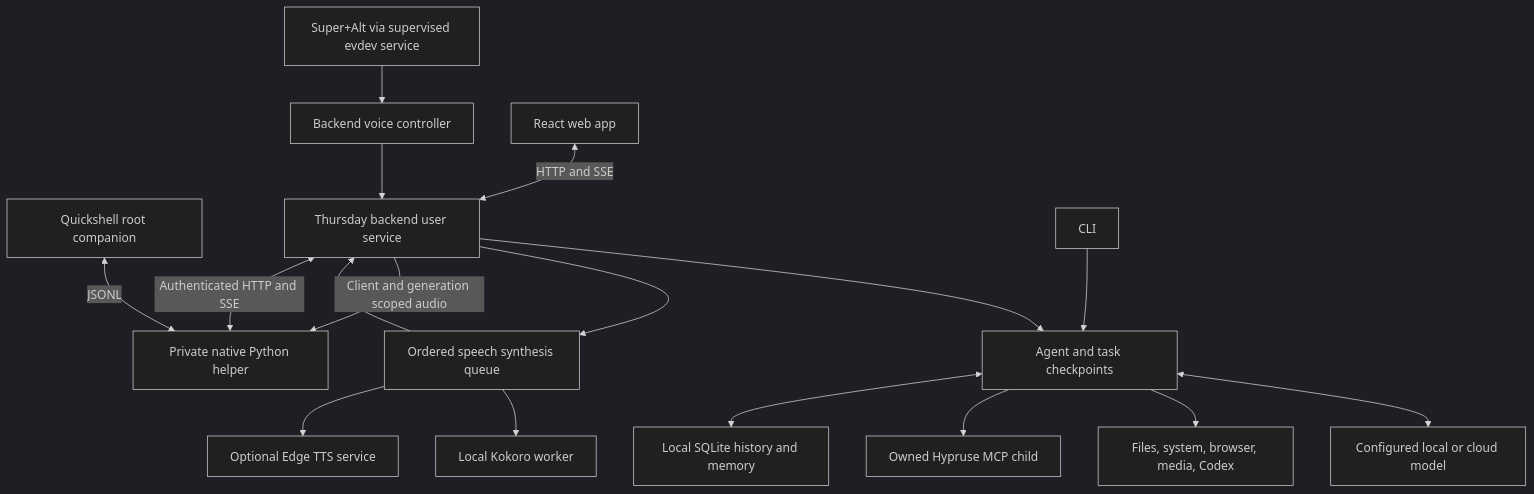
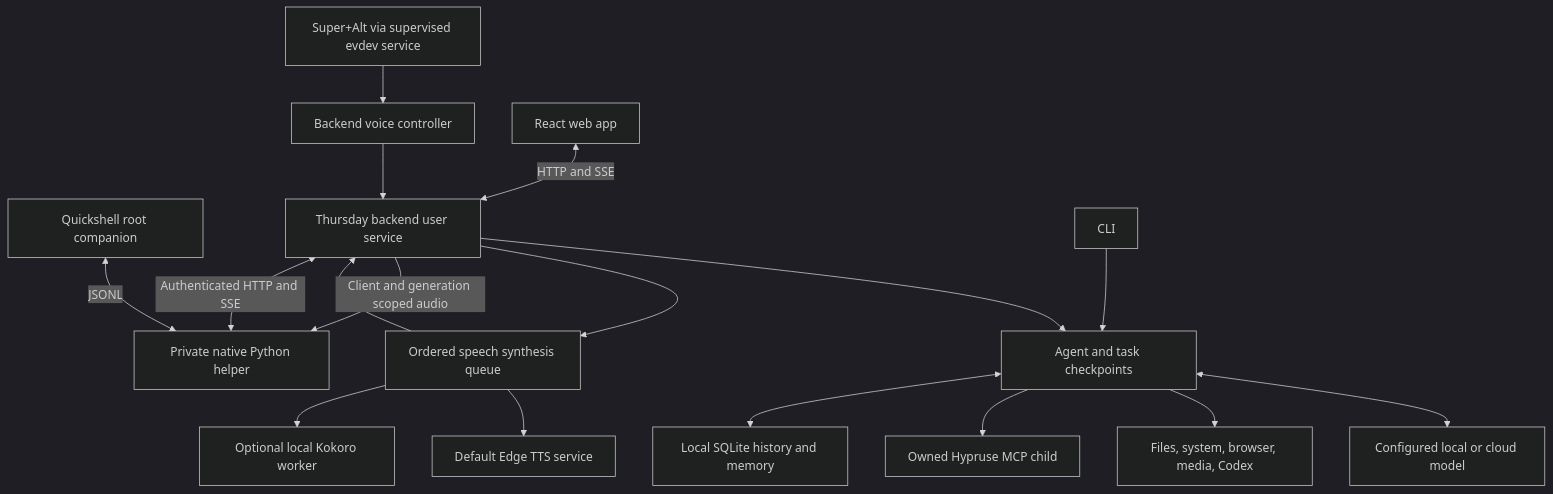
One commit to 9MidhunPM/thursday-local-assistant changed the diagram in docs/ARCHITECTURE.md. Above: the diagram before and after it, drawn with Mermaid (dark theme). The commit also changed 5 other files, not shown here.

````diff
--- a/docs/ARCHITECTURE.md
+++ b/docs/ARCHITECTURE.md
@@ -9,19 +9,19 @@
 ```mermaid
 flowchart TD
     Keys[Super+Alt via supervised evdev service] --> Voice[Backend voice controller]
     Native[Quickshell root companion] <-->|JSONL| Helper[Private native Python helper]
     Helper <-->|Authenticated HTTP and SSE| Server[Thursday backend user service]
     Web[React web app] <-->|HTTP and SSE| Server
     CLI[CLI] --> Agent[Agent and task checkpoints]
     Voice --> Server
     Server --> Agent
     Agent <--> Model[Configured local or cloud model]
     Agent --> Tools[Files, system, browser, media, Codex]
     Agent --> Hypruse[Owned Hypruse MCP child]
     Agent <--> Store[Local SQLite history and memory]
     Server --> TTS[Ordered speech synthesis queue]
-    TTS --> Neural[Local Kokoro worker]
-    TTS --> Edge[Optional Edge TTS service]
+    TTS --> Edge[Default Edge TTS service]
+    TTS --> Neural[Optional local Kokoro worker]
     TTS --> Server
     Server -->|Client and generation scoped audio| Helper
 ```
````
